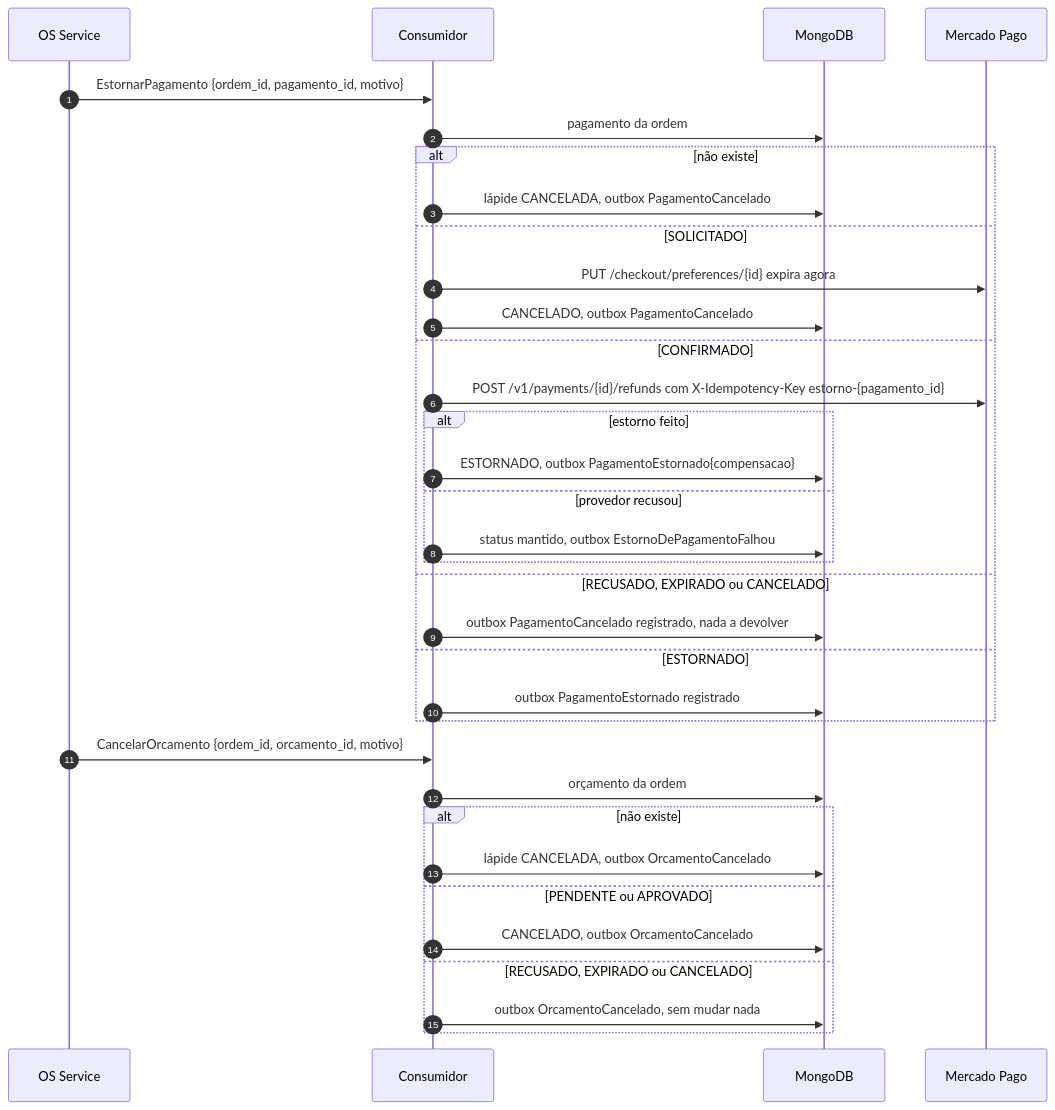
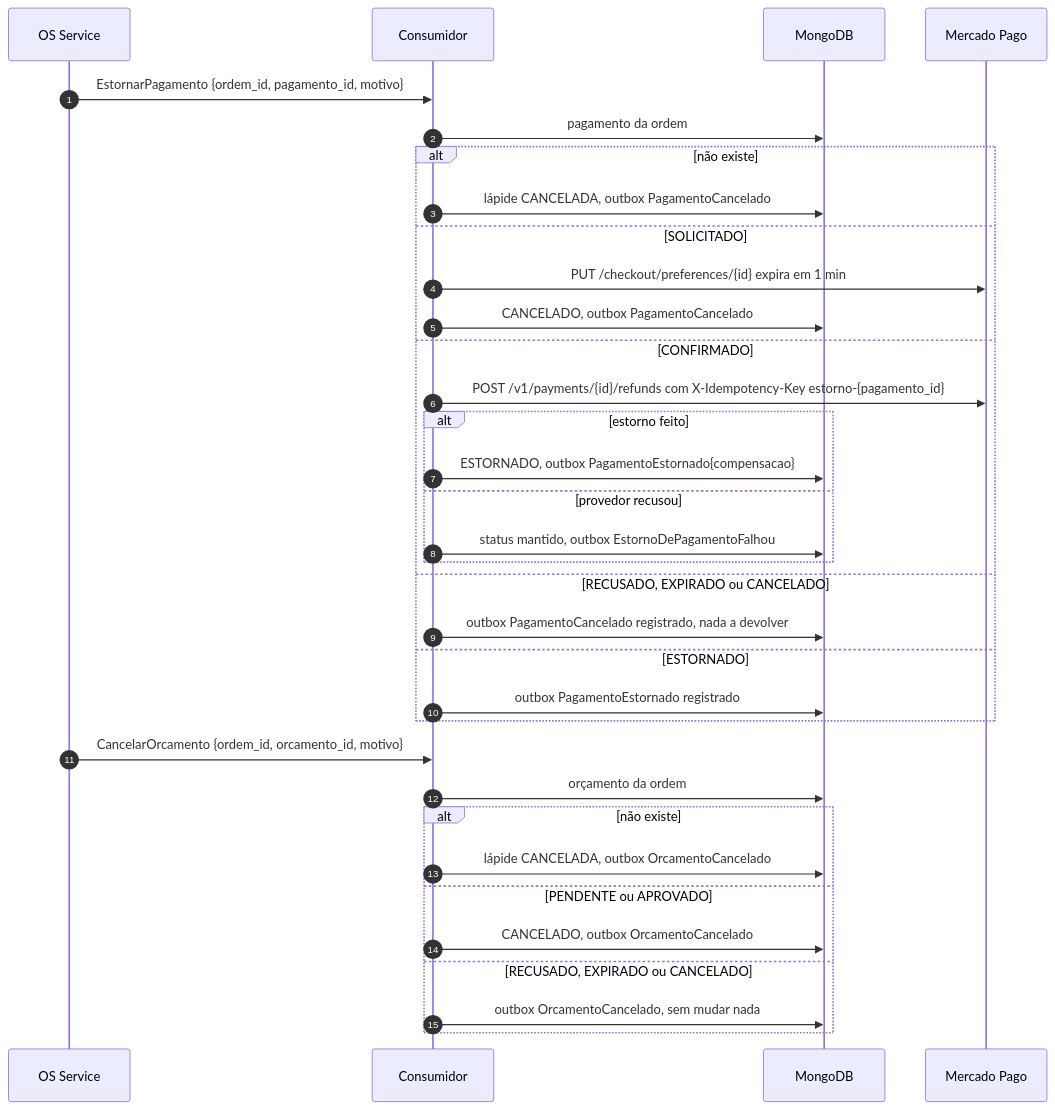
One commit to fiap-postech-sw-architecture/postech-sw-arch-p4-billing-service changed the tenth of 12 diagrams in docs/arquitetura.md. Above: the diagram before and after it, drawn with Mermaid. The commit also changed other lines of this file and 3 other files, not shown here.

Commit message:
fix: fecha o checkout do Mercado Pago 1 min à frente (#45)

````diff
--- a/docs/arquitetura.md
+++ b/docs/arquitetura.md
@@ -566,36 +566,36 @@
 ```mermaid
 sequenceDiagram
     autonumber
     participant OS as OS Service
     participant C as Consumidor
     participant DB as MongoDB
     participant MP as Mercado Pago
     OS->>C: EstornarPagamento {ordem_id, pagamento_id, motivo}
     C->>DB: pagamento da ordem
     alt não existe
         C->>DB: lápide CANCELADA, outbox PagamentoCancelado
     else SOLICITADO
-        C->>MP: PUT /checkout/preferences/{id} expira agora
+        C->>MP: PUT /checkout/preferences/{id} expira em 1 min
         C->>DB: CANCELADO, outbox PagamentoCancelado
     else CONFIRMADO
         C->>MP: POST /v1/payments/{id}/refunds com X-Idempotency-Key estorno-{pagamento_id}
         alt estorno feito
             C->>DB: ESTORNADO, outbox PagamentoEstornado{compensacao}
         else provedor recusou
             C->>DB: status mantido, outbox EstornoDePagamentoFalhou
         end
     else RECUSADO, EXPIRADO ou CANCELADO
         C->>DB: outbox PagamentoCancelado registrado, nada a devolver
     else ESTORNADO
         C->>DB: outbox PagamentoEstornado registrado
     end
     OS->>C: CancelarOrcamento {ordem_id, orcamento_id, motivo}
     C->>DB: orçamento da ordem
     alt não existe
         C->>DB: lápide CANCELADA, outbox OrcamentoCancelado
     else PENDENTE ou APROVADO
         C->>DB: CANCELADO, outbox OrcamentoCancelado
     else RECUSADO, EXPIRADO ou CANCELADO
         C->>DB: outbox OrcamentoCancelado, sem mudar nada
     end
 ```
````
